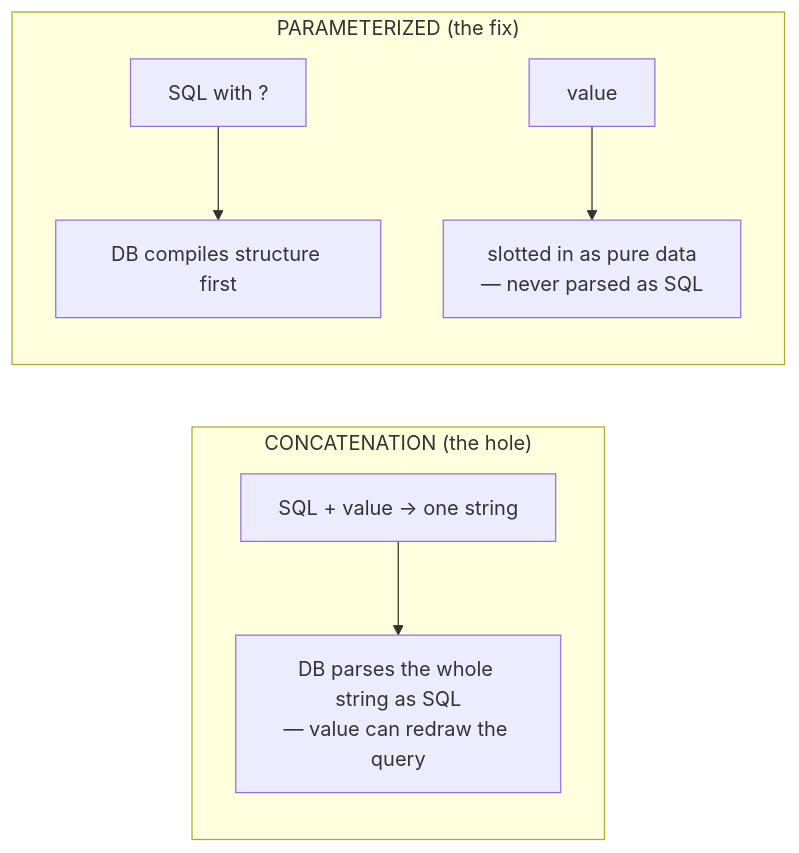
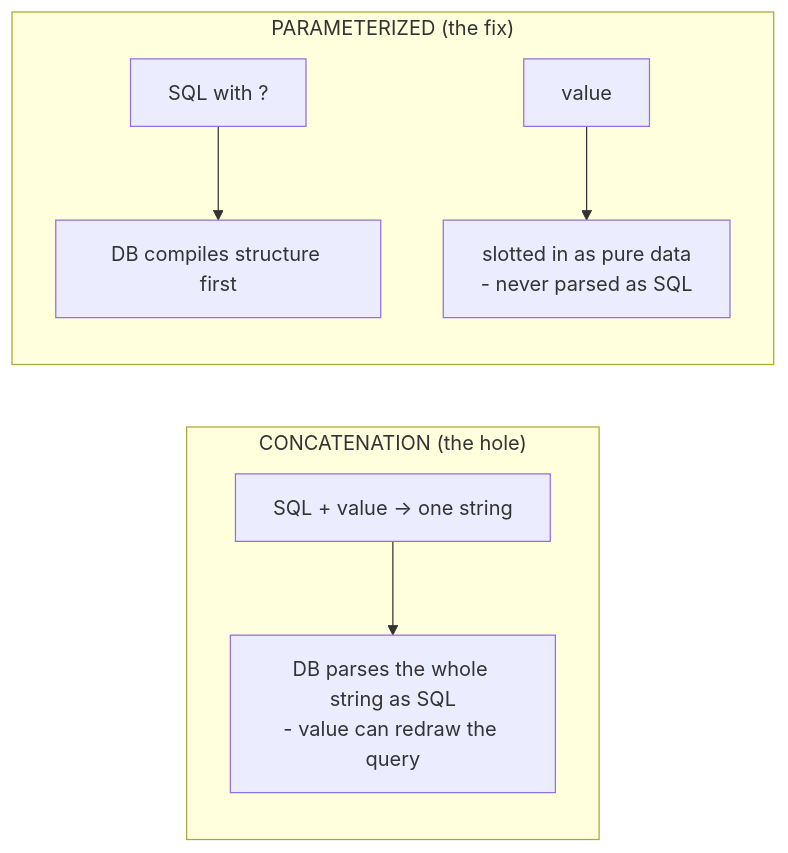
The diagram in guides/security/sql-injection-and-xss/02-sql-injection.md (Topurrra/themissingmanual), drawn with Mermaid before and after one commit. The commit also changed other lines of this file and 1072 other files, not shown here.

````diff
--- a/guides/security/sql-injection-and-xss/02-sql-injection.md
+++ b/guides/security/sql-injection-and-xss/02-sql-injection.md
@@ -101,10 +101,10 @@
 ```mermaid
 flowchart LR
   subgraph hole["CONCATENATION (the hole)"]
-    c1["SQL + value → one string"] --> c2["DB parses the whole string as SQL<br/>— value can redraw the query"]
+    c1["SQL + value → one string"] --> c2["DB parses the whole string as SQL<br/>- value can redraw the query"]
   end
   subgraph fix["PARAMETERIZED (the fix)"]
     p1["SQL with ?"] --> p3["DB compiles structure first"]
-    p2["value"] --> p4["slotted in as pure data<br/>— never parsed as SQL"]
+    p2["value"] --> p4["slotted in as pure data<br/>- never parsed as SQL"]
   end
 ```
````
